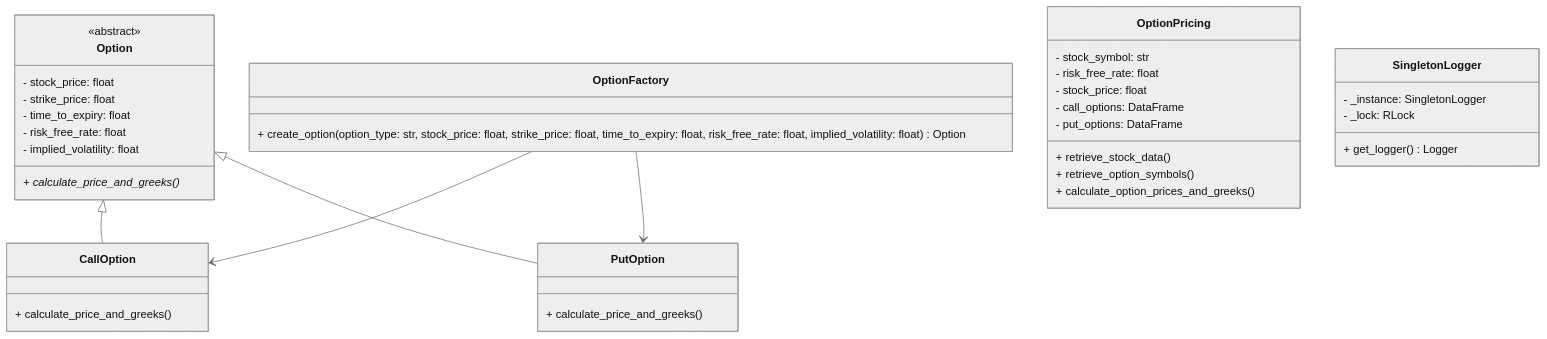
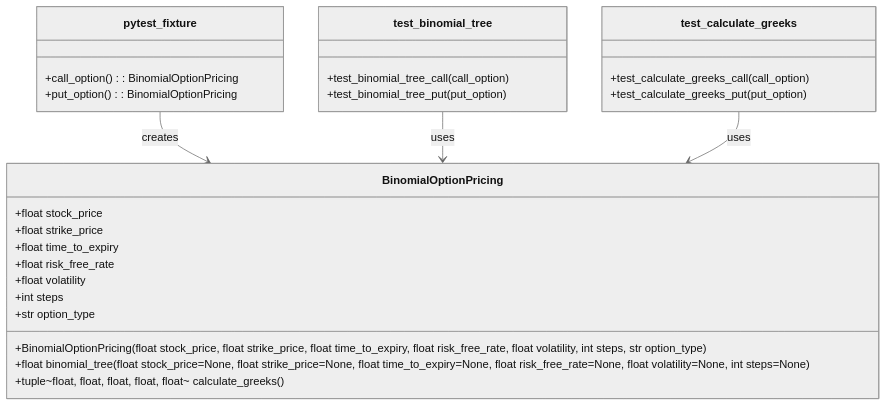
The diagram in README.md (arturogonzalezm/equity_options), drawn with Mermaid (neutral theme) before and after one commit. The commit also changed other lines of this file, not shown here.

````diff
--- a/README.md
+++ b/README.md
@@ -80,46 +94,36 @@
 ```mermaid
 classDiagram
-    class Option {
-        <<abstract>>
-        - stock_price: float
-        - strike_price: float
-        - time_to_expiry: float
-        - risk_free_rate: float
-        - implied_volatility: float
-        + calculate_price_and_greeks()*
+    class BinomialOptionPricing {
+        +float stock_price
+        +float strike_price
+        +float time_to_expiry
+        +float risk_free_rate
+        +float volatility
+        +int steps
+        +str option_type
+
+        +BinomialOptionPricing(float stock_price, float strike_price, float time_to_expiry, float risk_free_rate, float volatility, int steps, str option_type)
+        +float binomial_tree(float stock_price=None, float strike_price=None, float time_to_expiry=None, float risk_free_rate=None, float volatility=None, int steps=None)
+        +tuple~float, float, float, float, float~ calculate_greeks()
     }
 
-    Option <|-- CallOption
-    Option <|-- PutOption
-    OptionFactory --> CallOption
-    OptionFactory --> PutOption
-
-    class CallOption {
-        + calculate_price_and_greeks()
+    class pytest_fixture {
+        +call_option() : BinomialOptionPricing
+        +put_option() : BinomialOptionPricing
     }
 
-    class PutOption {
-        + calculate_price_and_greeks()
+    class test_binomial_tree {
+        +test_binomial_tree_call(call_option)
+        +test_binomial_tree_put(put_option)
     }
 
-    class OptionFactory {
-        + create_option(option_type: str, stock_price: float, strike_price: float, time_to_expiry: float, risk_free_rate: float, implied_volatility: float) Option
+    class test_calculate_greeks {
+        +test_calculate_greeks_call(call_option)
+        +test_calculate_greeks_put(put_option)
     }
 
-    class OptionPricing {
-        - stock_symbol: str
-        - risk_free_rate: float
-        - stock_price: float
-        - call_options: DataFrame
-        - put_options: DataFrame
-        + retrieve_stock_data()
-        + retrieve_option_symbols()
-        + calculate_option_prices_and_greeks()
-    }
+    pytest_fixture --> BinomialOptionPricing : creates
+    test_binomial_tree --> BinomialOptionPricing : uses
+    test_calculate_greeks --> BinomialOptionPricing : uses
 
-    class SingletonLogger {
-        - _instance: SingletonLogger
-        - _lock: RLock
-        + get_logger() Logger
-    }
 ```
````
